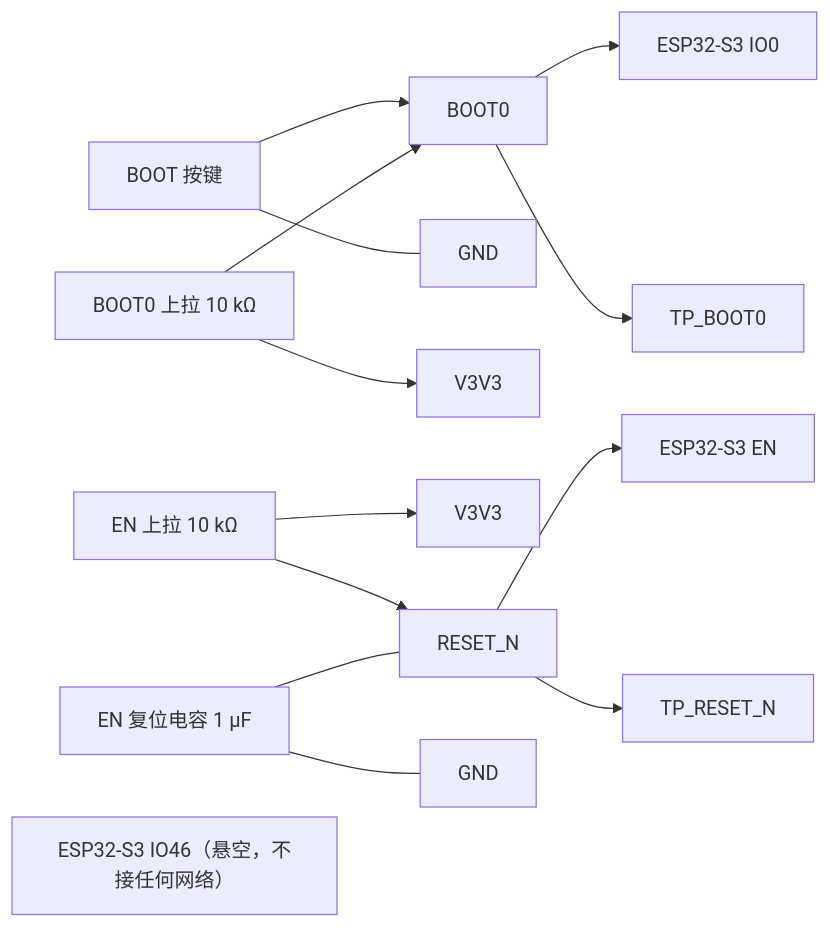
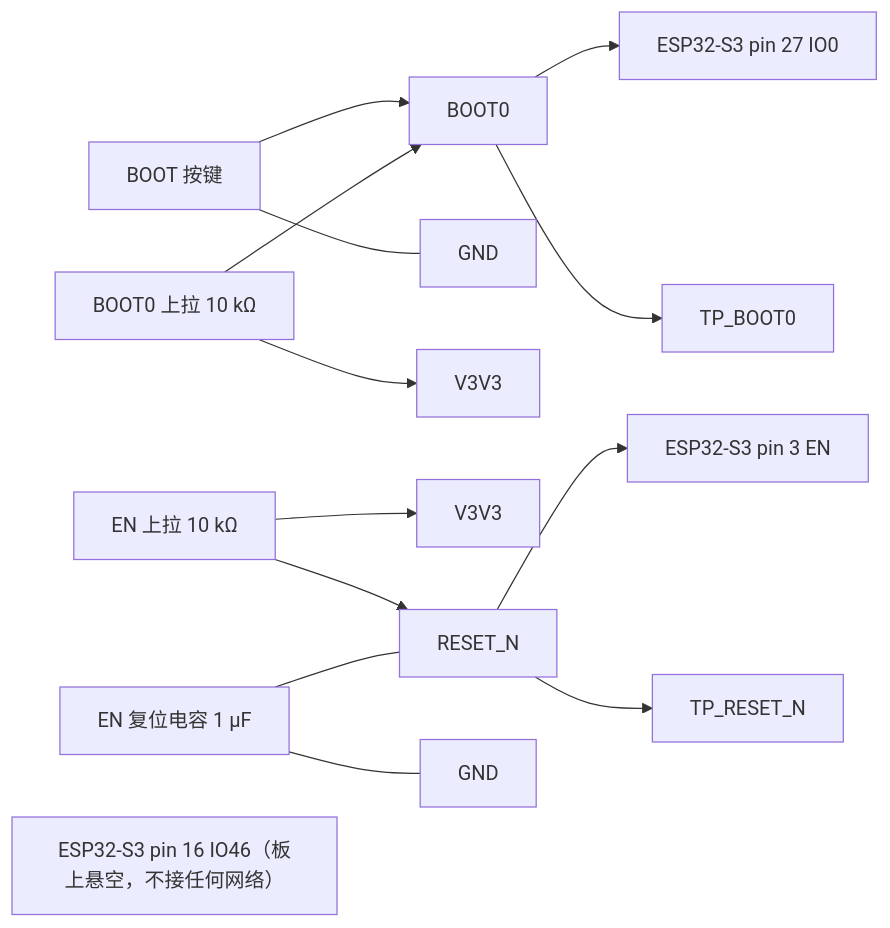
One commit to zhanghongchen1213/Electronic_Wooden_Fish changed the diagram in docs/hardware/外围电路设计/ESP32-S3复位与启动控制设计.md. Above: the diagram before and after it, drawn with Mermaid. The commit also changed other lines of this file and 25 other files, not shown here.

````diff
--- a/docs/hardware/外围电路设计/ESP32-S3复位与启动控制设计.md
+++ b/docs/hardware/外围电路设计/ESP32-S3复位与启动控制设计.md
@@ -17,16 +54,16 @@
 ```mermaid
 flowchart LR
   SWBOOT["BOOT 按键"] --> BOOT0["BOOT0"]
   SWBOOT --- GND1["GND"]
   RBOOT["BOOT0 上拉 10 kΩ"] --> V33A["V3V3"]
   RBOOT --> BOOT0
-  BOOT0 --> IO0["ESP32-S3 IO0"]
+  BOOT0 --> IO0["ESP32-S3 pin 27 IO0"]
   BOOT0 --> TPBOOT["TP_BOOT0"]
   REN["EN 上拉 10 kΩ"] --> V33B["V3V3"]
   REN --> RESETN["RESET_N"]
   CEN["EN 复位电容 1 µF"] --- GND2["GND"]
   CEN --- RESETN
-  RESETN --> ENPIN["ESP32-S3 EN"]
+  RESETN --> ENPIN["ESP32-S3 pin 3 EN"]
   RESETN --> TPRST["TP_RESET_N"]
-  IO46["ESP32-S3 IO46（悬空，不接任何网络）"]
+  IO46["ESP32-S3 pin 16 IO46（板上悬空，不接任何网络）"]
 ```
````
